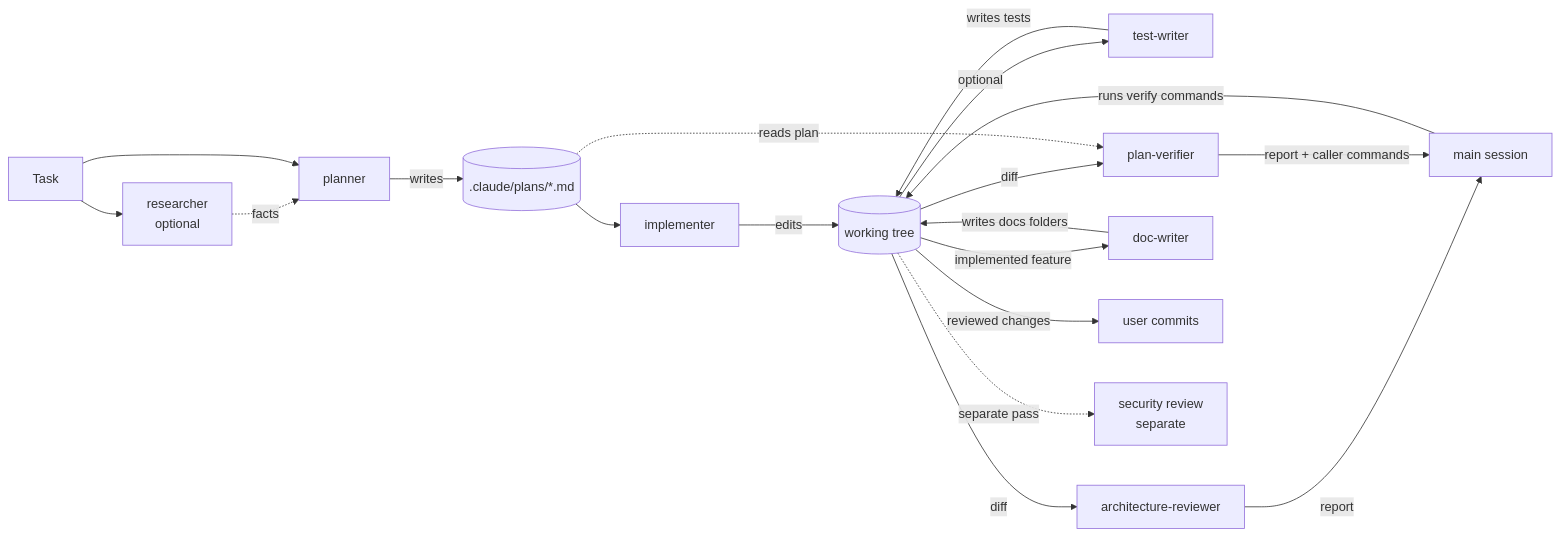
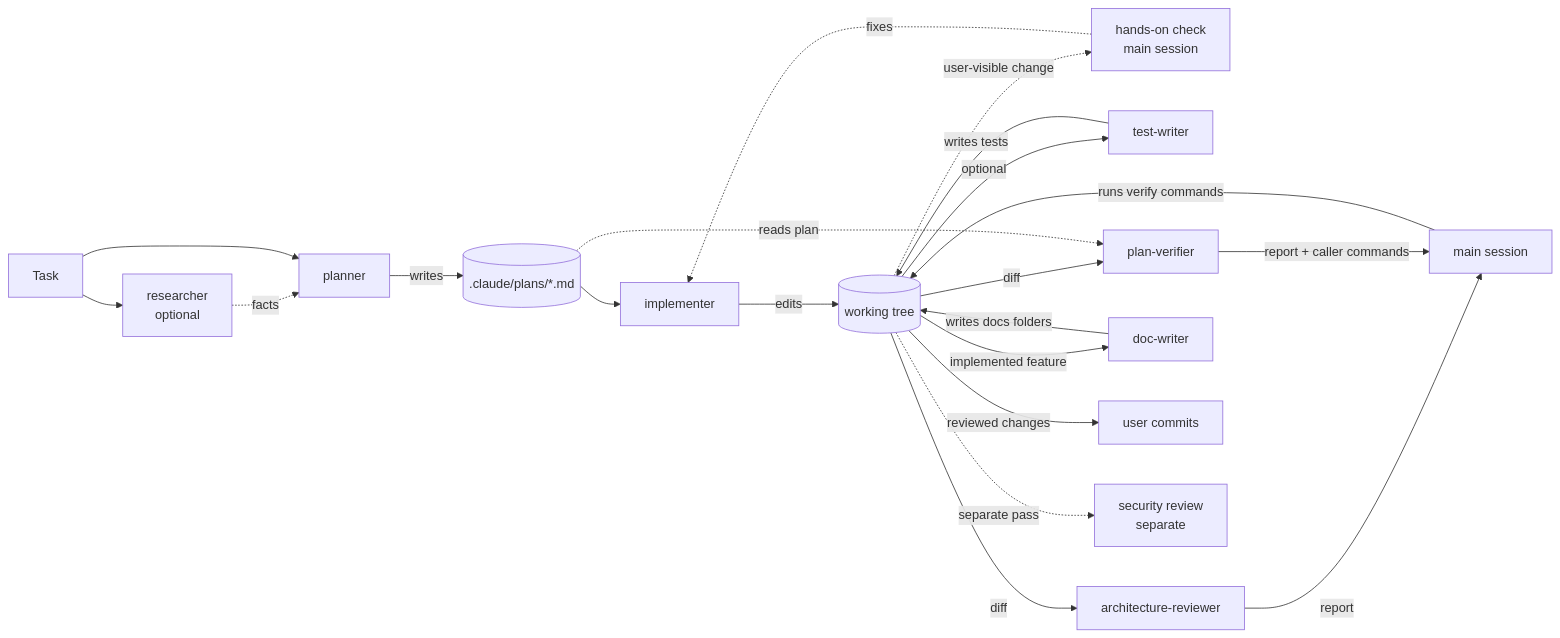
Before and after one commit to BalakaMd/dev-digest: the diagram in .claude/agents/README.md, drawn with Mermaid. The commit also changed other lines of this file, not shown here.

````diff
--- a/.claude/agents/README.md
+++ b/.claude/agents/README.md
@@ -17,21 +17,23 @@
 ```mermaid
 flowchart LR
   T[Task] --> R[researcher<br/>optional]
   R -. facts .-> P
   T --> P[planner]
   P -->|writes| F[(.claude/plans/*.md)]
   F --> I[implementer]
   I -->|edits| W[(working tree)]
+  W -.->|user-visible change| HC[hands-on check<br/>main session]
+  HC -.->|fixes| I
   W -->|optional| TW[test-writer]
   TW -->|writes tests| W
   W -->|diff| AR[architecture-reviewer]
   W -->|diff| PV[plan-verifier]
   F -.->|reads plan| PV
   AR -->|report| M[main session]
   PV -->|report + caller commands| M
   M -->|runs verify commands| W
   W -->|implemented feature| DW[doc-writer]
   DW -->|writes docs folders| W
   W -->|reviewed changes| U[user commits]
   W -.->|separate pass| SEC[security review<br/>separate]
 ```
````
